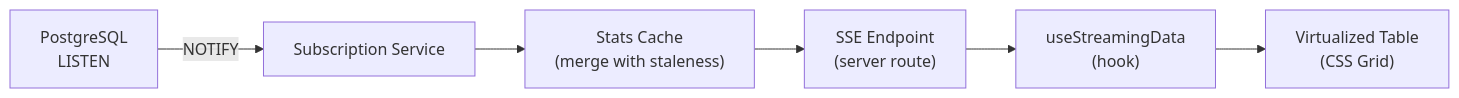
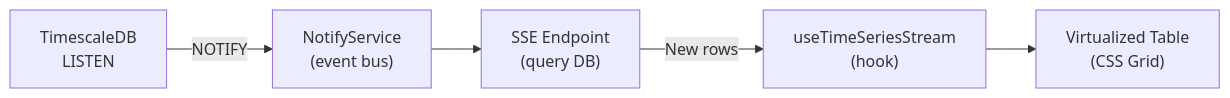
The third of 3 diagrams in README.md (jaredglaser/homelab-manager), drawn with Mermaid before and after one commit. The commit also changed other lines of this file and 49 other files, not shown here.

Commit message:
complete rewrite of db flow using timescaledb

````diff
--- a/README.md
+++ b/README.md
@@ -107,11 +107,10 @@
 ```mermaid
 flowchart LR
-    DB["PostgreSQL<br/>LISTEN"]
-    SubSvc["Subscription Service"]
-    Cache["Stats Cache<br/>(merge with staleness)"]
-    SSE["SSE Endpoint<br/>(server route)"]
-    Hook["useStreamingData<br/>(hook)"]
+    DB["TimescaleDB<br/>LISTEN"]
+    NotifySvc["NotifyService<br/>(event bus)"]
+    SSE["SSE Endpoint<br/>(query DB)"]
+    Hook["useTimeSeriesStream<br/>(hook)"]
     Table["Virtualized Table<br/>(CSS Grid)"]
 
-    DB -->|"NOTIFY"| SubSvc --> Cache --> SSE --> Hook --> Table
+    DB -->|"NOTIFY"| NotifySvc --> SSE -->|"New rows"| Hook --> Table
 ```
````
